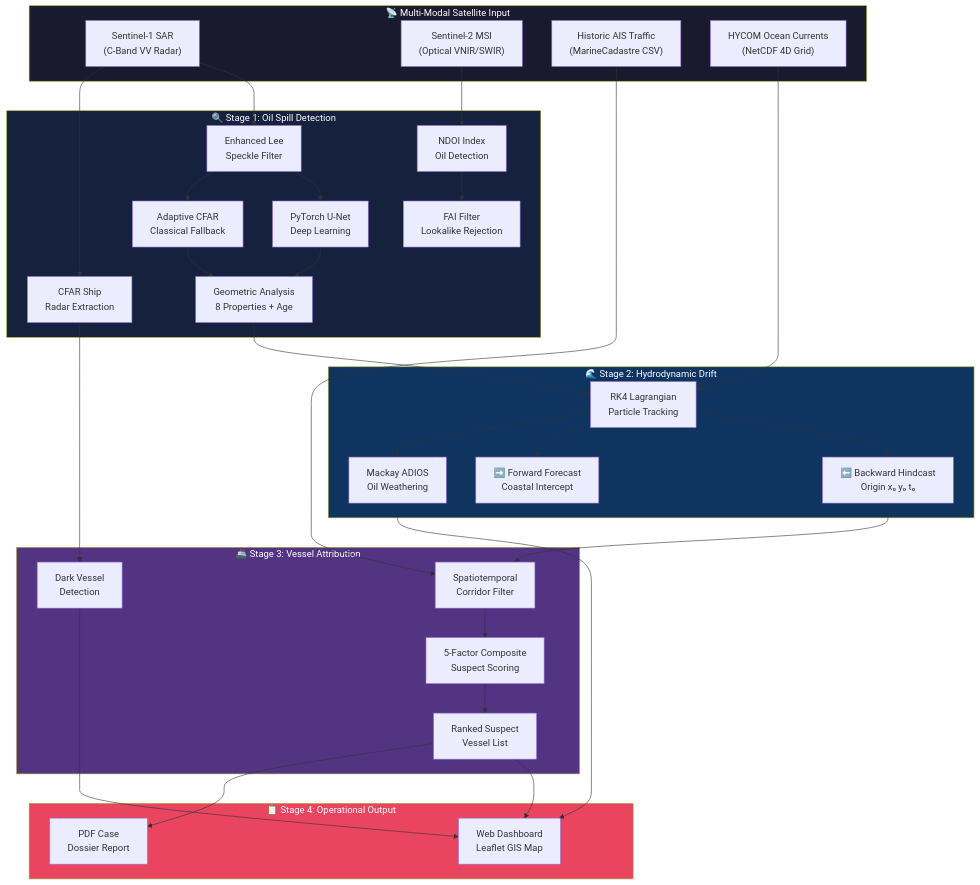
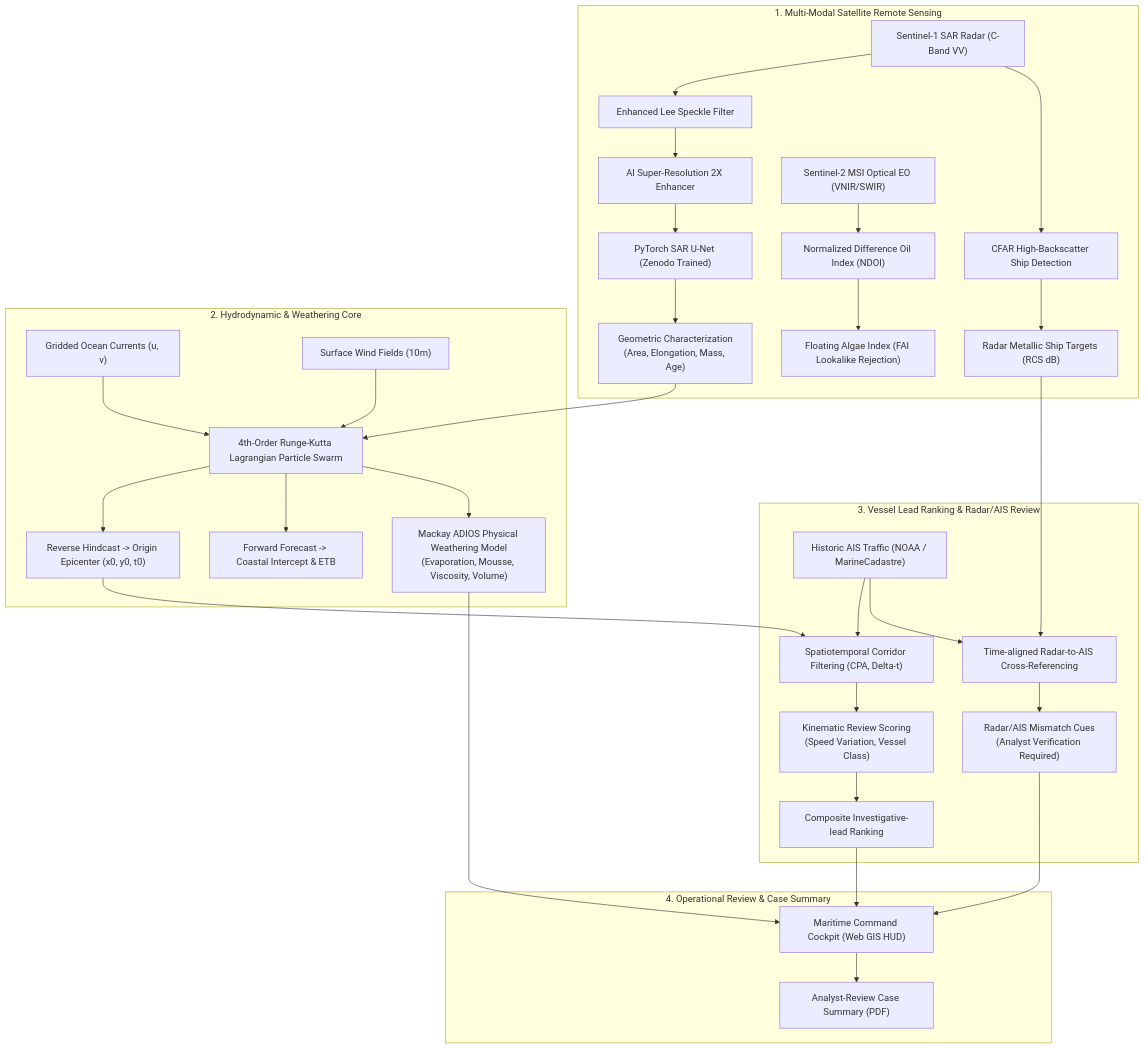
One commit to prudhviraj0310/SIH26143-OCEAN-SHIELD changed the diagram in README.md. Above: the diagram before and after it, drawn with Mermaid. The commit also changed other lines of this file and 40 other files, not shown here.

Commit message:
feat: complete OCEAN-SHIELD intelligence pipeline, live fetcher, and C2 dashboard upgrades

````diff
--- a/README.md
+++ b/README.md
@@ -37,51 +25,38 @@
 ```mermaid
 flowchart TD
-    subgraph INPUT["📡 Multi-Modal Satellite Input"]
-        SAR["Sentinel-1 SAR\n(C-Band VV Radar)"]
-        EO["Sentinel-2 MSI\n(Optical VNIR/SWIR)"]
-        AIS_DATA["Historic AIS Traffic\n(MarineCadastre CSV)"]
-        OCEAN["HYCOM Ocean Currents\n(NetCDF 4D Grid)"]
+    subgraph SATELLITE_REMOTE_SENSING["1. Multi-Modal Satellite Remote Sensing"]
+        S1["Sentinel-1 SAR Radar (C-Band VV)"] --> SPECKLE["Enhanced Lee Speckle Filter"]
+        SPECKLE --> SR["AI Super-Resolution 2X Enhancer"]
+        SR --> UNET["PyTorch SAR U-Net (Zenodo Trained)"]
+        UNET --> SLICK_GEOM["Geometric Characterization\n(Area, Elongation, Mass, Age)"]
+        
+        S1 --> CFAR["CFAR High-Backscatter Ship Detection"]
+        CFAR --> RADAR_CONTACTS["Radar Metallic Ship Targets (RCS dB)"]
+        
+        S2["Sentinel-2 MSI Optical EO (VNIR/SWIR)"] --> NDOI["Normalized Difference Oil Index (NDOI)"]
+        NDOI --> FAI["Floating Algae Index (FAI Lookalike Rejection)"]
     end
 
-    subgraph DETECTION["🔍 Stage 1: Oil Spill Detection"]
-        SAR --> SPECKLE["Enhanced Lee\nSpeckle Filter"]
-        SPECKLE --> UNET["PyTorch U-Net\nDeep Learning"]
-        SPECKLE --> CFAR_OIL["Adaptive CFAR\nClassical Fallback"]
-        UNET --> GEOM["Geometric Analysis\n8 Properties + Age"]
-        CFAR_OIL --> GEOM
-
-        SAR --> CFAR_SHIP["CFAR Ship\nRadar Extraction"]
-
-        EO --> NDOI["NDOI Index\nOil Detection"]
-        NDOI --> FAI["FAI Filter\nLookalike Rejection"]
+    subgraph DRIFT_ENGINE["2. Hydrodynamic & Weathering Core"]
+        OCEAN_VECTORS["Gridded Ocean Currents (u, v)"] & WIND_VECTORS["Surface Wind Fields (10m)"] --> RK4["4th-Order Runge-Kutta Lagrangian Particle Swarm"]
+        SLICK_GEOM --> RK4
+        RK4 --> HINDCAST["Reverse Hindcast -> Origin Epicenter (x0, y0, t0)"]
+        RK4 --> FORECAST["Forward Forecast -> Coastal Intercept & ETB"]
+        RK4 --> ADIOS["Mackay ADIOS Physical Weathering Model\n(Evaporation, Mousse, Viscosity, Volume)"]
     end
 
-    subgraph DRIFT["🌊 Stage 2: Hydrodynamic Drift"]
-        OCEAN --> RK4["RK4 Lagrangian\nParticle Tracking"]
-        GEOM --> RK4
-        RK4 --> HINDCAST["⬅️ Backward Hindcast\nOrigin x₀ y₀ t₀"]
-        RK4 --> FORECAST["➡️ Forward Forecast\nCoastal Intercept"]
-        RK4 --> ADIOS["Mackay ADIOS\nOil Weathering"]
+    subgraph AIS_ENGINE["3. Vessel Lead Ranking & Radar/AIS Review"]
+        AIS_STREAM["Historic AIS Traffic (NOAA / MarineCadastre)"] --> CORRIDOR_FILTER["Spatiotemporal Corridor Filtering (CPA, Delta-t)"]
+        HINDCAST --> CORRIDOR_FILTER
+        CORRIDOR_FILTER --> KINEMATICS["Kinematic Review Scoring\n(Speed Variation, Vessel Class)"]
+        KINEMATICS --> SUSPECT_RANKING["Composite Investigative-lead Ranking"]
+        
+        RADAR_CONTACTS & AIS_STREAM --> DARK_DETECTOR["Time-aligned Radar-to-AIS Cross-Referencing"]
+        DARK_DETECTOR --> DARK_VESSELS["Radar/AIS Mismatch Cues\n(Analyst Verification Required)"]
     end
 
-    subgraph ATTRIBUTION["🚢 Stage 3: Vessel Attribution"]
-        HINDCAST --> CORRIDOR["Spatiotemporal\nCorridor Filter"]
-        AIS_DATA --> CORRIDOR
-        CORRIDOR --> SCORING["5-Factor Composite\nSuspect Scoring"]
-        CFAR_SHIP --> DARK["Dark Vessel\nDetection"]
-        SCORING --> RANKED["Ranked Suspect\nVessel List"]
+    subgraph REVIEW["4. Operational Review & Case Summary"]
+        SUSPECT_RANKING & DARK_VESSELS & ADIOS --> COCKPIT["Maritime Command Cockpit (Web GIS HUD)"]
+        COCKPIT --> PDF["Analyst-Review Case Summary (PDF)"]
     end
-
-    subgraph OUTPUT_STAGE["📋 Stage 4: Operational Output"]
-        RANKED --> DASHBOARD["Web Dashboard\nLeaflet GIS Map"]
-        RANKED --> PDF["PDF Case\nDossier Report"]
-        DARK --> DASHBOARD
-        ADIOS --> DASHBOARD
-    end
-
-    style INPUT fill:#1a1a2e,color:#fff
-    style DETECTION fill:#16213e,color:#fff
-    style DRIFT fill:#0f3460,color:#fff
-    style ATTRIBUTION fill:#533483,color:#fff
-    style OUTPUT_STAGE fill:#e94560,color:#fff
 ```
````
